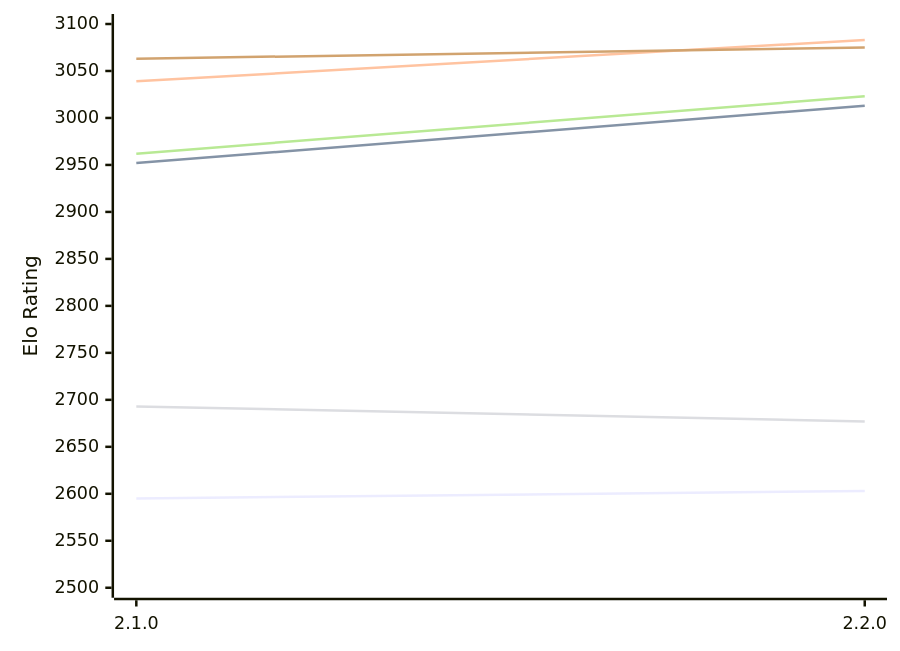
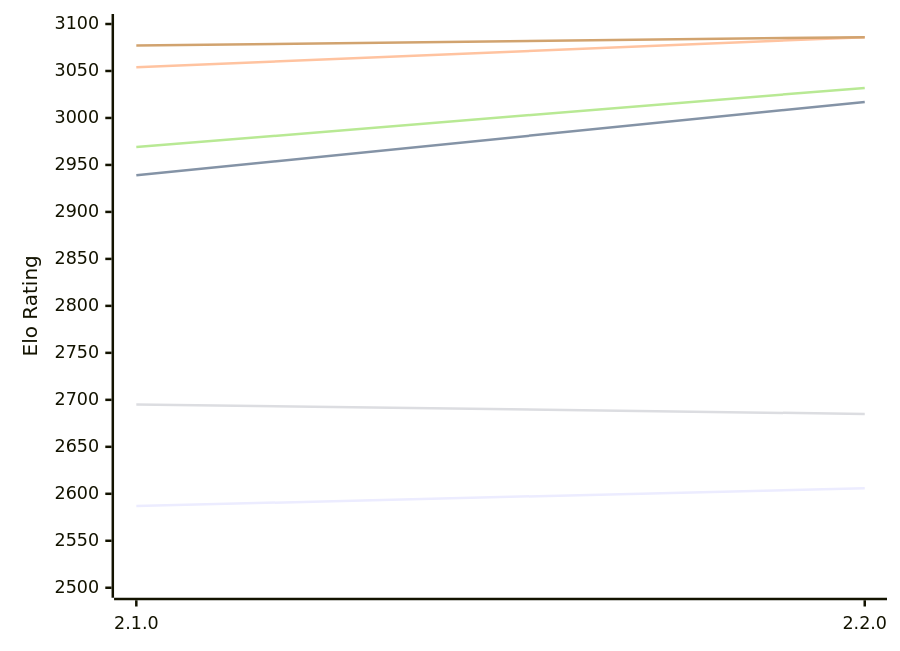
Before and after one commit to computer-chess-index/cci: the first of 2 diagrams in engines/Aspen.md, drawn with Mermaid. The commit also changed other lines of this file, not shown here.

Commit message:
Update CCI Ratings (ELO VLTC) - 2026-11-25

````diff
--- a/engines/Aspen.md
+++ b/engines/Aspen.md
@@ -52,12 +52,12 @@
 ```mermaid
 %%{init: {"theme":"base","themeVariables":{"seriesColors:['#a3a3a3','#222221','#faa371']}}}%%
 xychart-beta
   x-axis ["2.1.0", "2.2.0"]
   y-axis "Elo Rating" 2500 --> 3100
-  line "E1: STC (8.0+0.08s)" [2595, 2603]
-  line "E1: LTC (60.0+0.60s)" [2952, 3013]
-  line "E1: VLTC (2m24s+1.12s)" [3039, 3083]
-  line "P1: STC (8.0+0.08s)" [2693, 2677]
-  line "P1: LTC (60.0+0.60s)" [2962, 3023]
-  line "P1: VLTC (2m24s+1.12s)" [3063, 3075]
+  line "E1: STC (8.0+0.08s)" [2587, 2606]
+  line "E1: LTC (60.0+0.60s)" [2939, 3017]
+  line "E1: VLTC (2m24s+1.12s)" [3054, 3086]
+  line "P1: STC (8.0+0.08s)" [2695, 2685]
+  line "P1: LTC (60.0+0.60s)" [2969, 3032]
+  line "P1: VLTC (2m24s+1.12s)" [3077, 3086]
 ```
````
